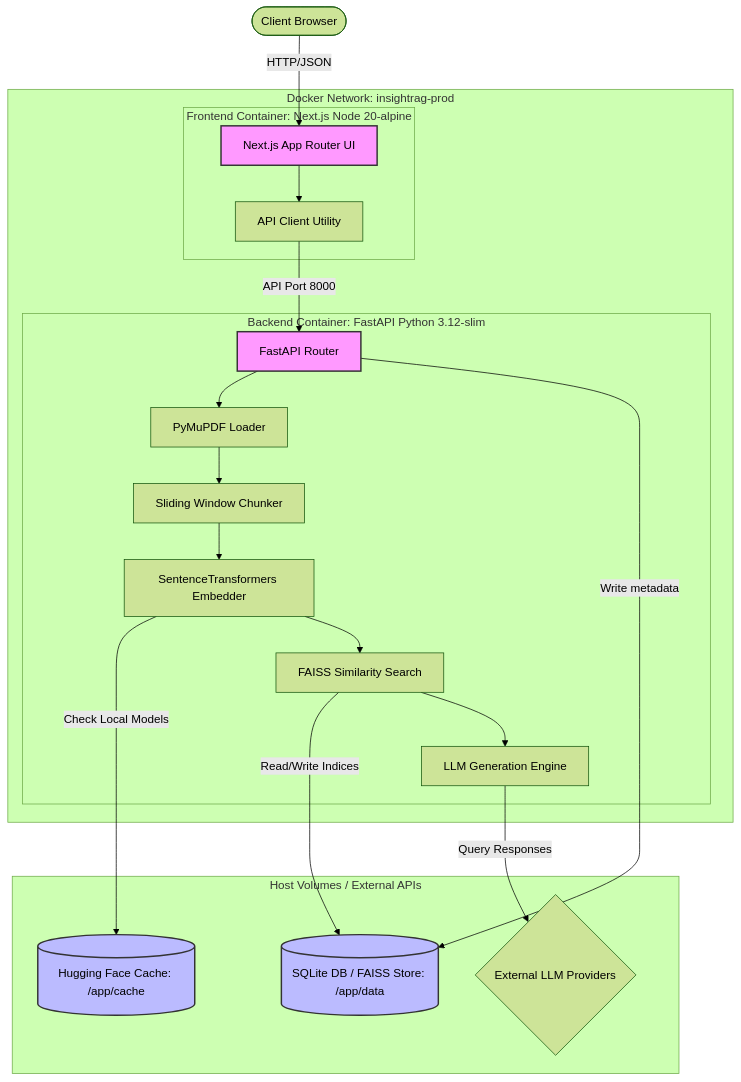
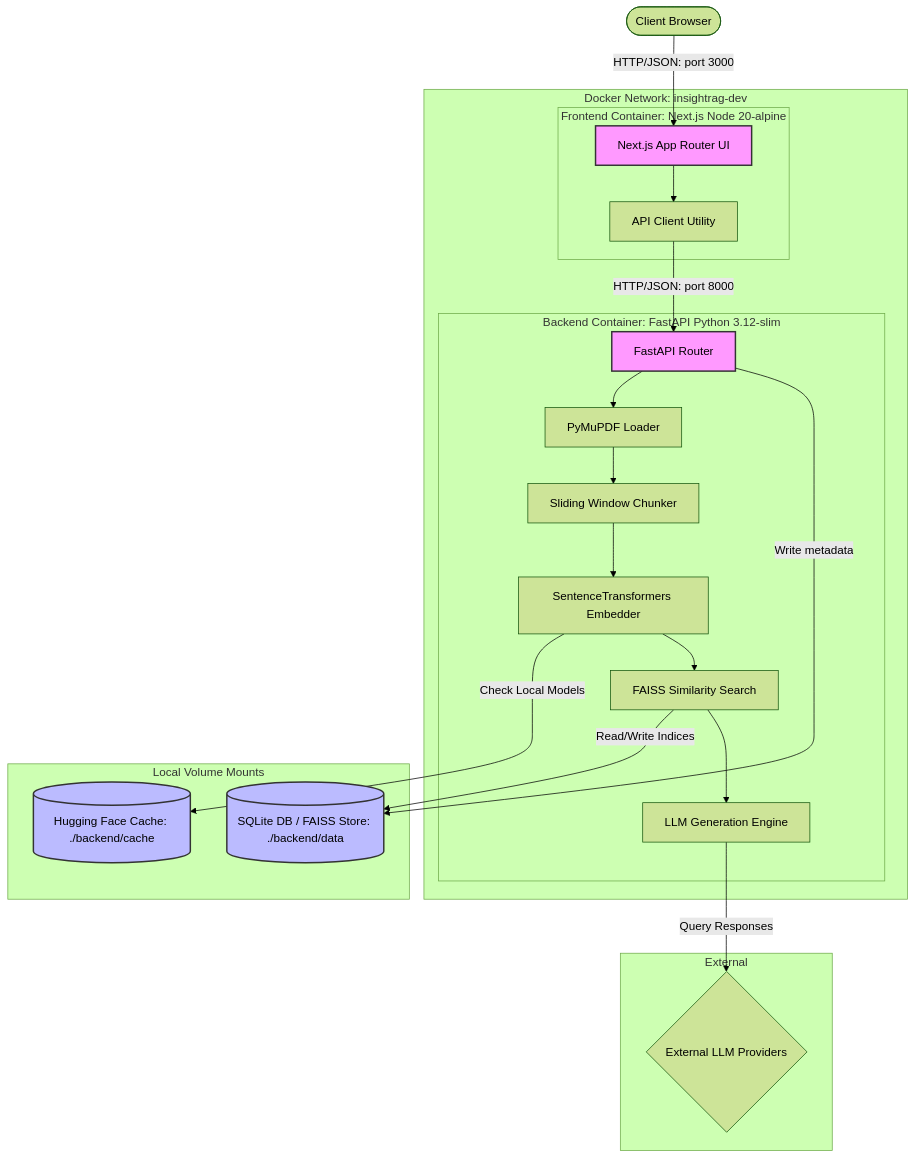
The first of 2 diagrams in README.md (NiranjanSharma-edu/InsightRAG), drawn with Mermaid (forest theme) before and after one commit. The commit also changed other lines of this file and 7 other files, not shown here.

````diff
--- a/README.md
+++ b/README.md
@@ -72,48 +86,51 @@
 ```mermaid
 graph TD
     User([Client Browser])
     
-    subgraph Docker Network: insightrag-prod
+    subgraph Docker Network: insightrag-dev
         subgraph Frontend Container: Next.js Node 20-alpine
             App[Next.js App Router UI]
             Client[API Client Utility]
         end
         
         subgraph Backend Container: FastAPI Python 3.12-slim
             API[FastAPI Router]
             Loader[PyMuPDF Loader]
             Chunker[Sliding Window Chunker]
             Embed[SentenceTransformers Embedder]
             Retriever[FAISS Similarity Search]
             Generator[LLM Generation Engine]
         end
     end
     
-    subgraph Host Volumes / External APIs
-        DataVol[(SQLite DB / FAISS Store: /app/data)]
-        CacheVol[(Hugging Face Cache: /app/cache)]
+    subgraph Local Volume Mounts
+        DataVol[(SQLite DB / FAISS Store: ./backend/data)]
+        CacheVol[(Hugging Face Cache: ./backend/cache)]
+    end
+    
+    subgraph External
         LLMAPIs{External LLM Providers}
     end
 
-    User -->|HTTP/JSON| App
+    User -->|HTTP/JSON: port 3000| App
     App --> Client
-    Client -->|API Port 8000| API
+    Client -->|HTTP/JSON: port 8000| API
     
     API --> Loader
     Loader --> Chunker
     Chunker --> Embed
     
     Embed -->|Check Local Models| CacheVol
     Embed --> Retriever
     
     Retriever -->|Read/Write Indices| DataVol
     API -->|Write metadata| DataVol
     
     Retriever --> Generator
     Generator -->|Query Responses| LLMAPIs
     
     classDef container fill:#f9f,stroke:#333,stroke-width:2px;
     classDef volume fill:#bbf,stroke:#333,stroke-width:2px;
     class App,API container;
     class DataVol,CacheVol volume;
 ```
````
